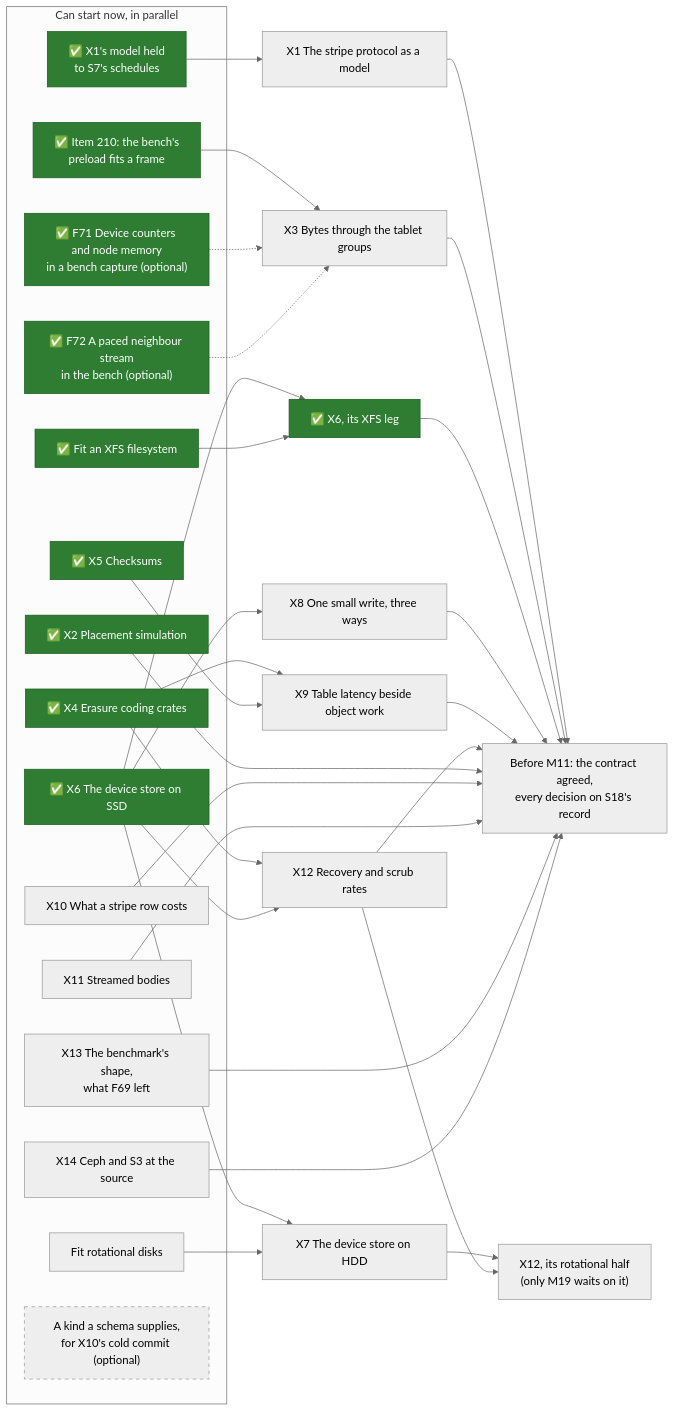
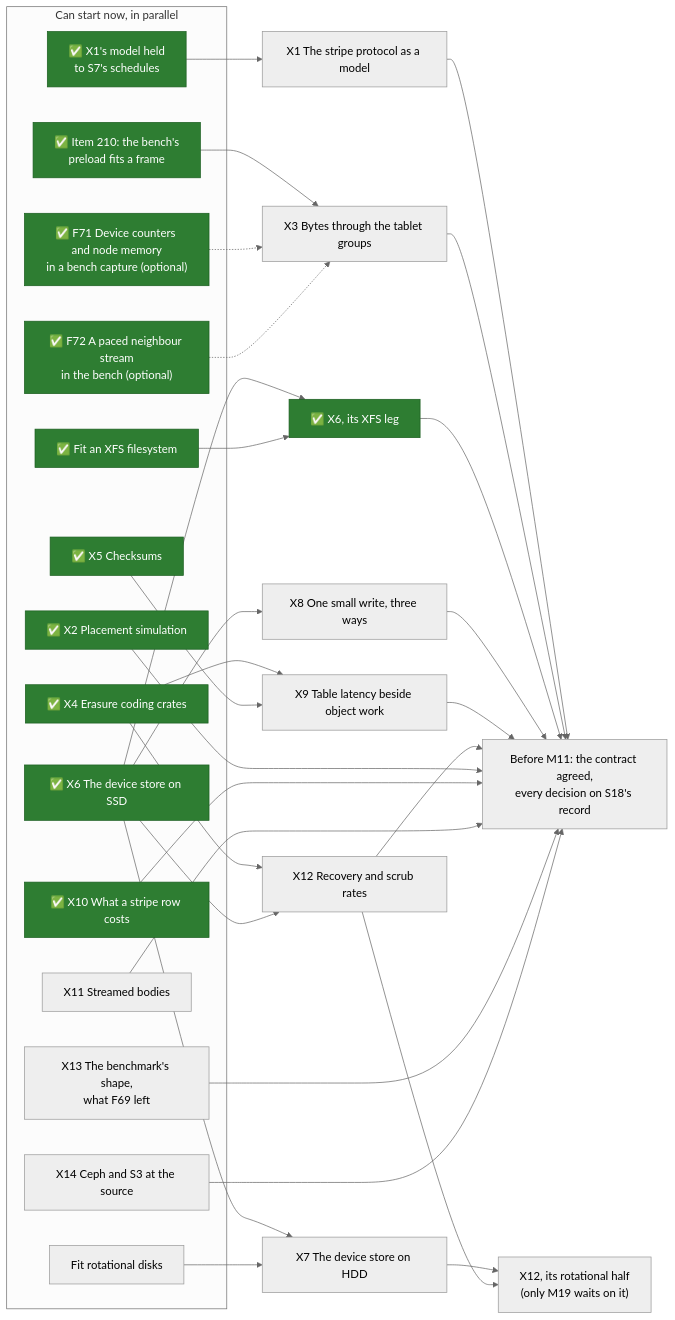
The first of 2 diagrams in docs/src/object-storage/whats-left-todo.md (mjcarson/shoal), drawn with Mermaid (neutral theme) before and after one commit. The commit also changed other lines of this file and 58 other files, not shown here.

````diff
--- a/docs/src/object-storage/whats-left-todo.md
+++ b/docs/src/object-storage/whats-left-todo.md
@@ -26,57 +26,56 @@
 ```mermaid
 flowchart LR
     classDef done fill:#2e7d32,stroke:#1b5e20,color:#ffffff
     classDef optional stroke-dasharray: 5 5
     subgraph now["Can start now, in parallel"]
         R1["✅ X1's model held<br>to S7's schedules"]:::done
         R2["✅ Item 210: the bench's<br>preload fits a frame"]:::done
         XFS["✅ Fit an XFS filesystem"]:::done
         Disks["Fit rotational disks"]
         X2["✅ X2 Placement simulation"]:::done
         X4["✅ X4 Erasure coding crates"]:::done
         X5["✅ X5 Checksums"]:::done
         X6["✅ X6 The device store on SSD"]:::done
-        X10["X10 What a stripe row costs"]
+        X10["✅ X10 What a stripe row costs"]:::done
         X11["X11 Streamed bodies"]
         X13["X13 The benchmark's shape,<br>what F69 left"]
         X14["X14 Ceph and S3 at the source"]
         Counters["✅ F71 Device counters and node memory<br>in a bench capture (optional)"]:::done
         Neighbour["✅ F72 A paced neighbour stream<br>in the bench (optional)"]:::done
-        Kinds["A kind a schema supplies,<br>for X10's cold commit (optional)"]:::optional
     end
     X1["X1 The stripe protocol as a model"]
     X3["X3 Bytes through the tablet groups"]
     X6x["✅ X6, its XFS leg"]:::done
     X7["X7 The device store on HDD"]
     X8["X8 One small write, three ways"]
     X9["X9 Table latency beside object work"]
     X12["X12 Recovery and scrub rates"]
     X12r["X12, its rotational half<br>(only M19 waits on it)"]
     Gate["Before M11: the contract agreed,<br>every decision on S18's record"]
     R1 --> X1
     R2 --> X3
     X6 --> X6x
     XFS --> X6x
     X6 --> X7
     Disks --> X7
     X6 --> X8
     X4 --> X9
     X5 --> X9
     X4 --> X12
     X6 --> X12
     X7 --> X12r
     X12 --> X12r
     Counters -.-> X3
     Neighbour -.-> X3
     X1 --> Gate
     X3 --> Gate
     X6x --> Gate
     X8 --> Gate
     X9 --> Gate
     X12 --> Gate
     X2 ---> Gate
     X10 ---> Gate
     X11 ---> Gate
     X13 ---> Gate
     X14 ---> Gate
 ```
````
